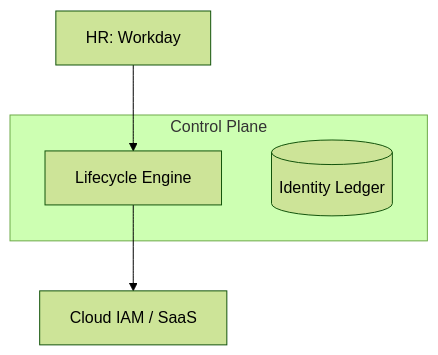
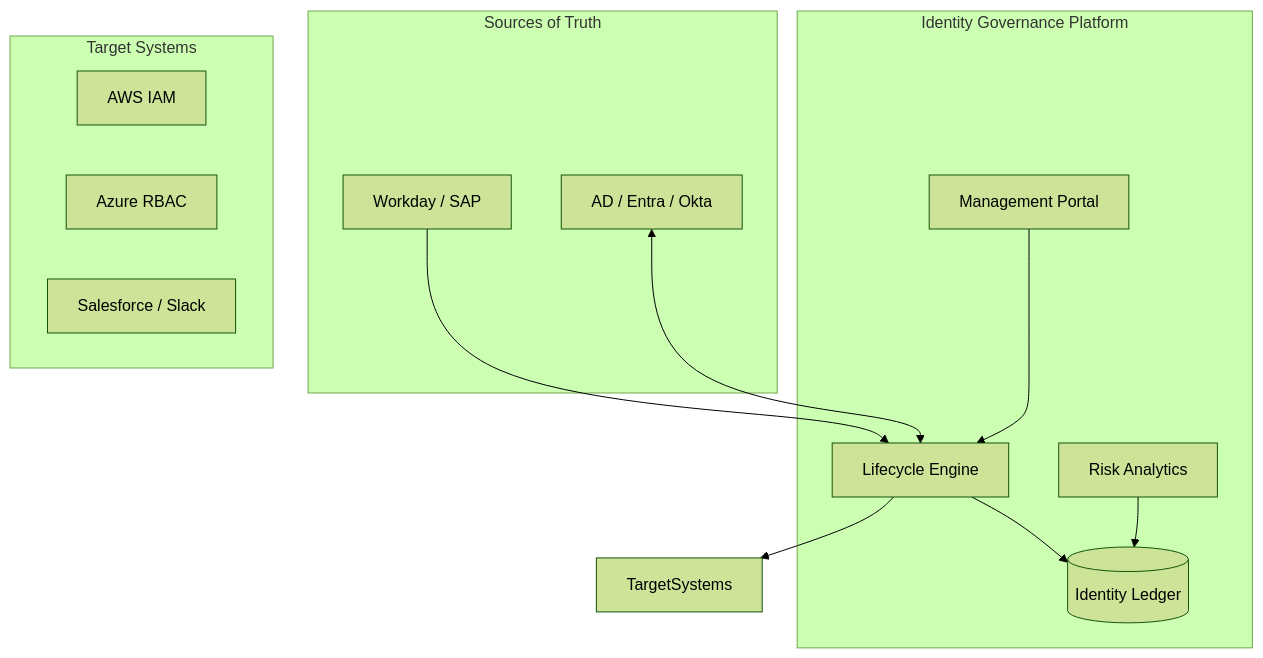
The first of 30 diagrams in README.md (Devopstrio/identity-governance-framework), drawn with Mermaid (forest theme) before and after one commit. The commit also changed other lines of this file, not shown here.

Commit message:
docs: finalize premium institutional-grade README with 30+ diagrams and executive summary

````diff
--- a/README.md
+++ b/README.md
@@ -24,9 +59,27 @@
 ```mermaid
 graph TD
-    subgraph "Control Plane"
+    subgraph "Identity Governance Platform"
+        Portal[Management Portal]
         Engine[Lifecycle Engine]
+        Analytics[Risk Analytics]
         DB[(Identity Ledger)]
     end
-    Source[HR: Workday] --> Engine
-    Engine --> Target[Cloud IAM / SaaS]
+
+    subgraph "Sources of Truth"
+        HR[Workday / SAP]
+        Dir[AD / Entra / Okta]
+    end
+
+    subgraph "Target Systems"
+        AWS[AWS IAM]
+        Azure[Azure RBAC]
+        SaaS[Salesforce / Slack]
+    end
+
+    HR --> Engine
+    Dir <--> Engine
+    Engine --> TargetSystems
+    Engine --> DB
+    Analytics --> DB
+    Portal --> Engine
 ```
````
